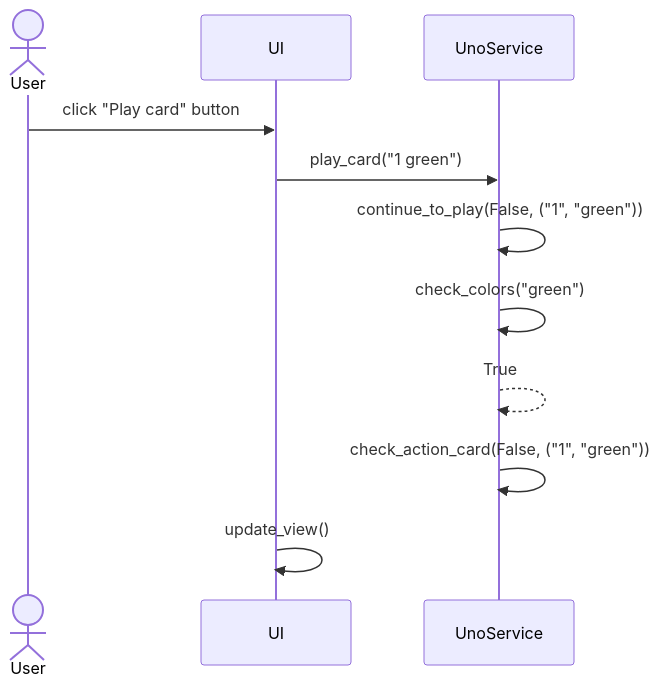
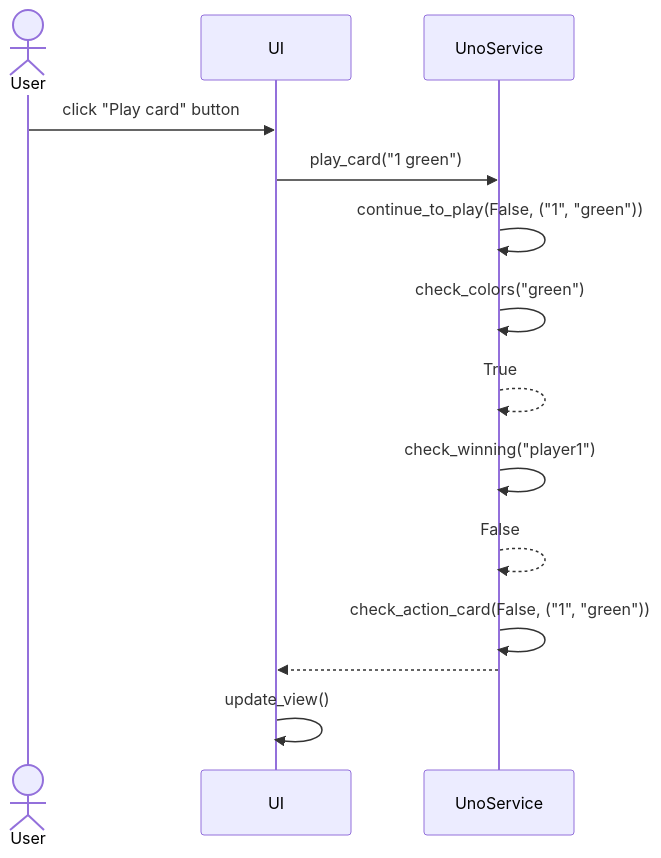
One commit to pinjakokkonen/ot-harjoitustyo changed the second of 4 diagrams in dokumentaatio/arkkitehtuuri.md. Above: the diagram before and after it, drawn with Mermaid. The commit also changed other lines of this file and 5 other files, not shown here.

````diff
--- a/dokumentaatio/arkkitehtuuri.md
+++ b/dokumentaatio/arkkitehtuuri.md
@@ -29,13 +79,16 @@
 ```mermaid
 sequenceDiagram
   actor User
   participant UI
   participant UnoService
   User->>UI: click "Play card" button
   UI->>UnoService: play_card("1 green")
   UnoService->>UnoService: continue_to_play(False, ("1", "green"))
   UnoService->>UnoService: check_colors("green")
   UnoService-->>UnoService: True
+  UnoService->>UnoService: check_winning("player1")
+  UnoService-->>UnoService: False
   UnoService->>UnoService: check_action_card(False, ("1", "green"))
+  UnoService-->>UI: 
   UI->>UI: update_view()
 ```
````
